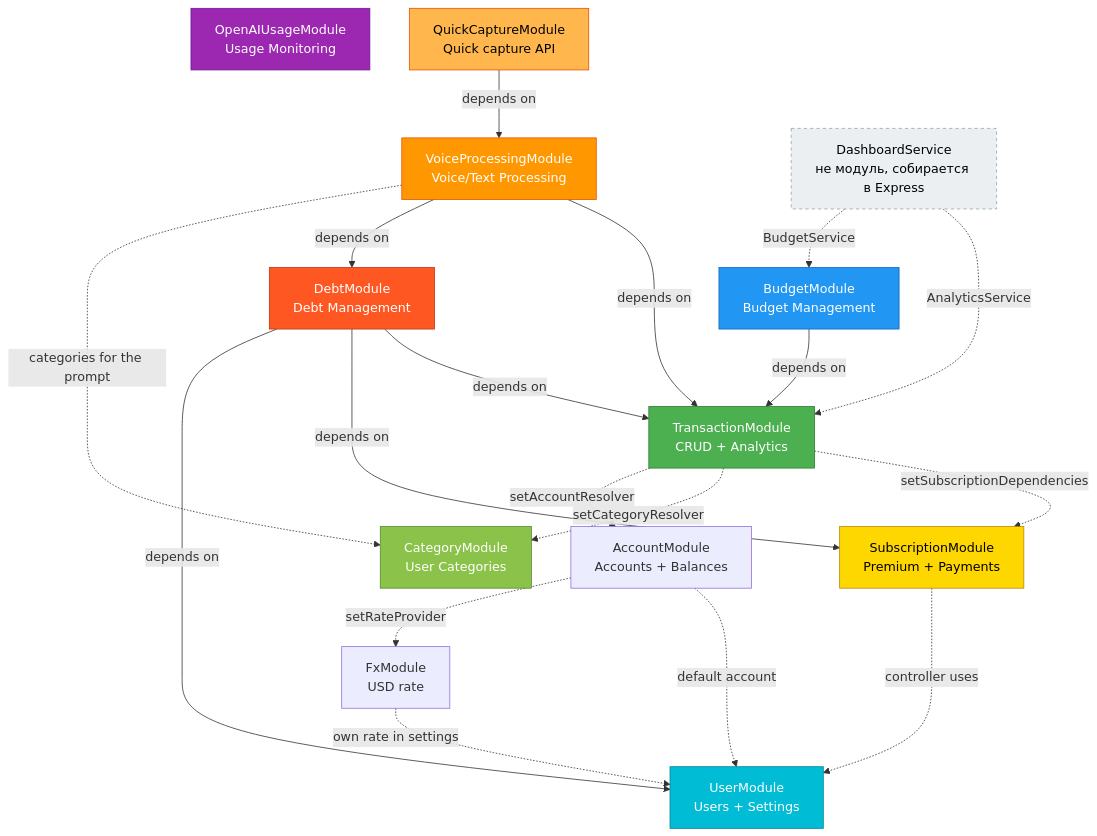
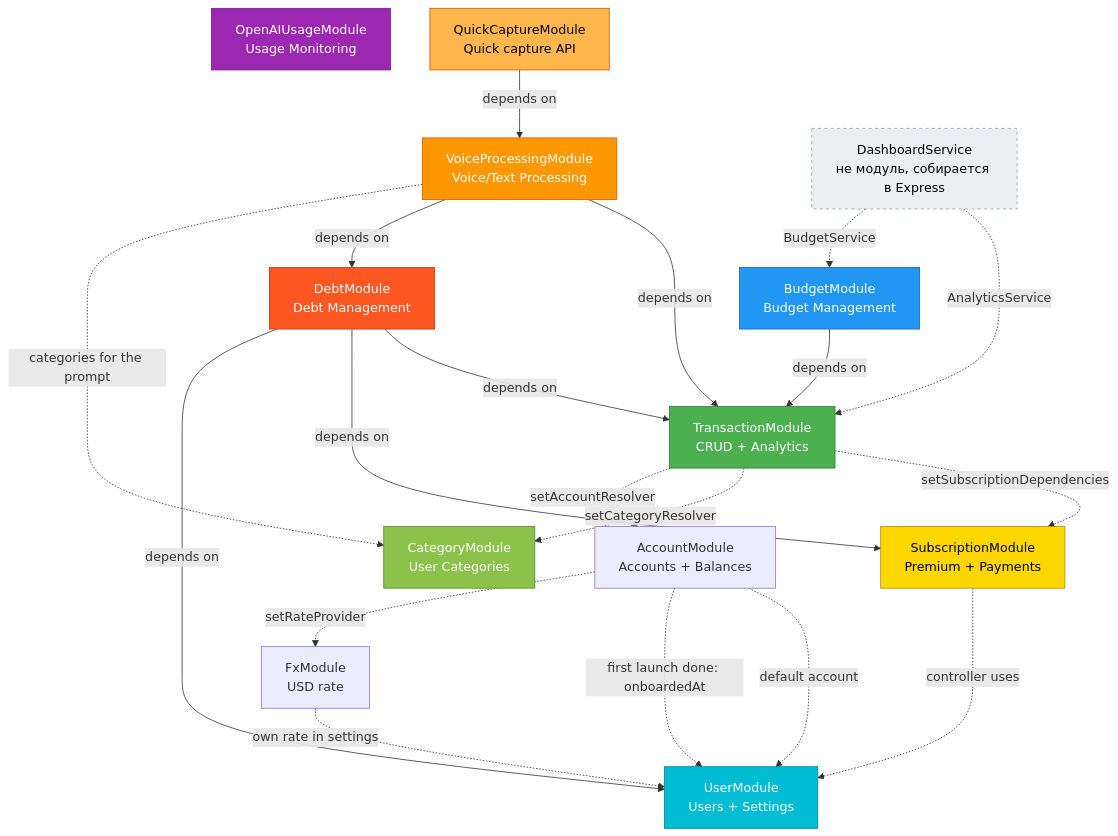
The diagram in docs/knowledge-base/01-architecture/modules.md (chollak/finance-tracker-backend), drawn with Mermaid before and after one commit. The commit also changed other lines of this file and 37 other files, not shown here.

First line of the commit message:
feat(accounts): first launch with opening balances (FT-109)

````diff
--- a/docs/knowledge-base/01-architecture/modules.md
+++ b/docs/knowledge-base/01-architecture/modules.md
@@ -9,44 +9,45 @@
 ```mermaid
 graph TD
     TM[TransactionModule<br/>CRUD + Analytics]
     BM[BudgetModule<br/>Budget Management]
     DeM[DebtModule<br/>Debt Management]
     VM[VoiceProcessingModule<br/>Voice/Text Processing]
     OM[OpenAIUsageModule<br/>Usage Monitoring]
     SM[SubscriptionModule<br/>Premium + Payments]
     UM[UserModule<br/>Users + Settings]
     CM[CategoryModule<br/>User Categories]
     AM[AccountModule<br/>Accounts + Balances]
     FM[FxModule<br/>USD rate]
     QM[QuickCaptureModule<br/>Quick capture API]
     DS[DashboardService<br/>не модуль, собирается в Express]
 
     BM -->|depends on| TM
     DeM -->|depends on| TM
     DeM -->|depends on| SM
     DeM -->|depends on| UM
     VM -->|depends on| TM
     VM -->|depends on| DeM
     TM -.->|setSubscriptionDependencies| SM
     TM -.->|setCategoryResolver| CM
     TM -.->|setAccountResolver| AM
     AM -.->|default account| UM
+    AM -.->|first launch done: onboardedAt| UM
     AM -.->|setRateProvider| FM
     FM -.->|own rate in settings| UM
     VM -.->|categories for the prompt| CM
     QM -->|depends on| VM
     SM -.->|controller uses| UM
     DS -.->|AnalyticsService| TM
     DS -.->|BudgetService| BM
 
     style TM fill:#4CAF50,stroke:#2E7D32,color:#fff
     style BM fill:#2196F3,stroke:#1565C0,color:#fff
     style DeM fill:#FF5722,stroke:#BF360C,color:#fff
     style VM fill:#FF9800,stroke:#E65100,color:#fff
     style OM fill:#9C27B0,stroke:#6A1B9A,color:#fff
     style SM fill:#FFD700,stroke:#B8860B,color:#000
     style UM fill:#00BCD4,stroke:#00838F,color:#fff
     style CM fill:#8BC34A,stroke:#558B2F,color:#fff
     style QM fill:#FFB74D,stroke:#E65100,color:#000
     style DS fill:#ECEFF1,stroke:#90A4AE,color:#000,stroke-dasharray: 4 4
 ```
````
